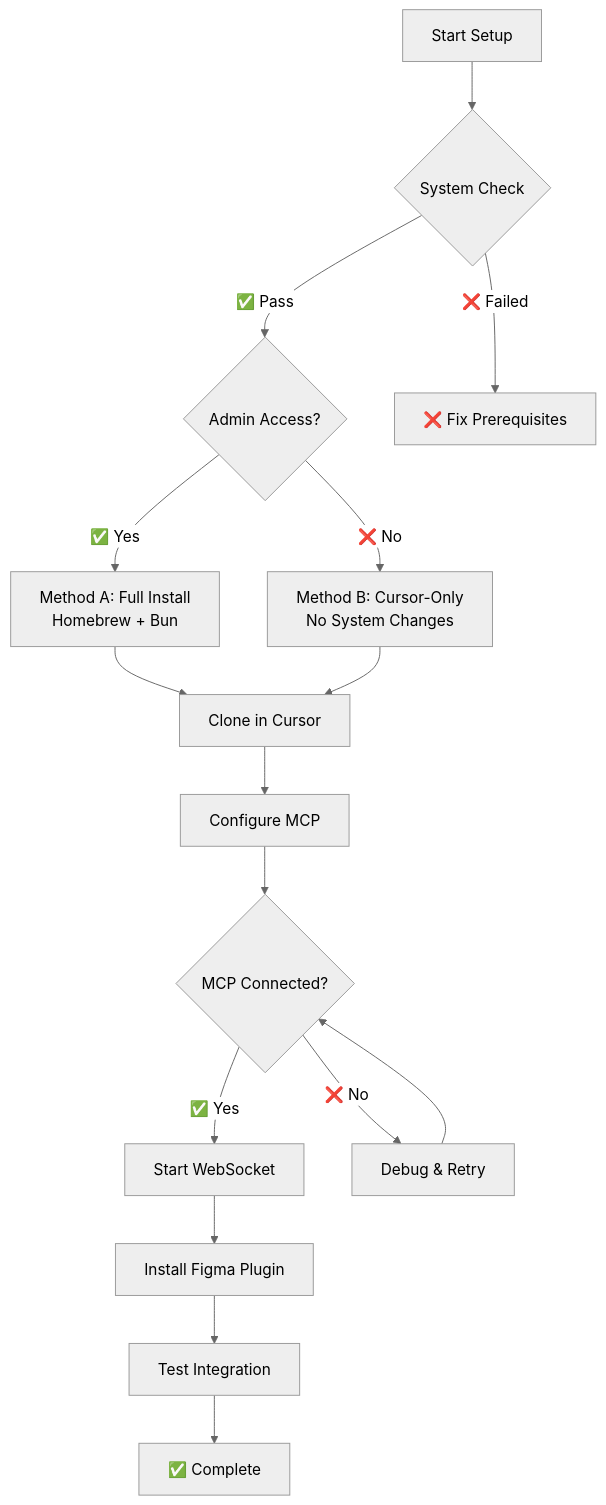
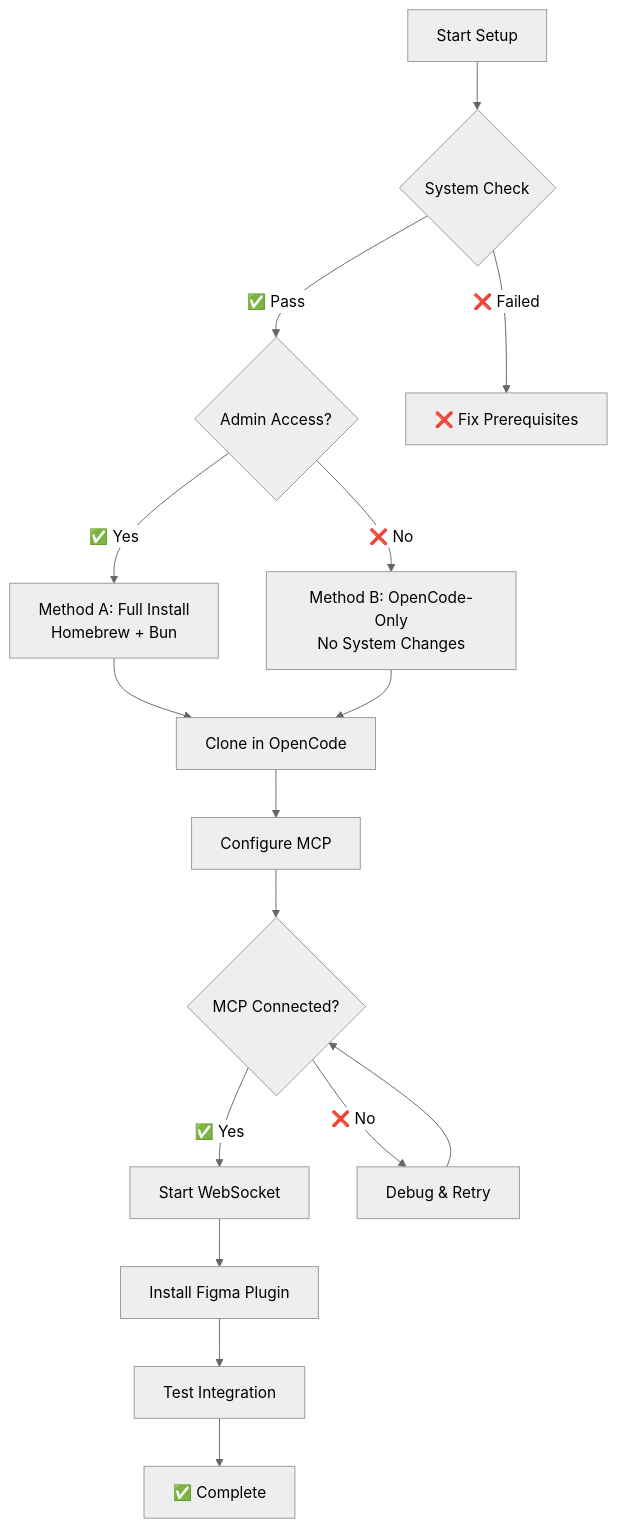
Before and after one commit to yhoyoex/opencode-figma-mcp: the first of 8 diagrams in DRAGME.md, drawn with Mermaid (neutral theme). The commit also changed other lines of this file and 26 other files, not shown here.

````diff
--- a/DRAGME.md
+++ b/DRAGME.md
@@ -5,23 +5,23 @@
 ```mermaid
 flowchart TD
     A[Start Setup] --> B{System Check}
     B -->|✅ Pass| C{Admin Access?}
     B -->|❌ Failed| Z[❌ Fix Prerequisites]
     
     C -->|✅ Yes| D[Method A: Full Install<br/>Homebrew + Bun]
-    C -->|❌ No| E[Method B: Cursor-Only<br/>No System Changes]
+    C -->|❌ No| E[Method B: OpenCode-Only<br/>No System Changes]
     
-    D --> F[Clone in Cursor]
+    D --> F[Clone in OpenCode]
     E --> F
     
     F --> G[Configure MCP]
     G --> H{MCP Connected?}
     H -->|✅ Yes| I[Start WebSocket]
     H -->|❌ No| J[Debug & Retry]
     
     I --> K[Install Figma Plugin]
     K --> L[Test Integration]
     L --> M[✅ Complete]
     
     J --> H
 ```
````
